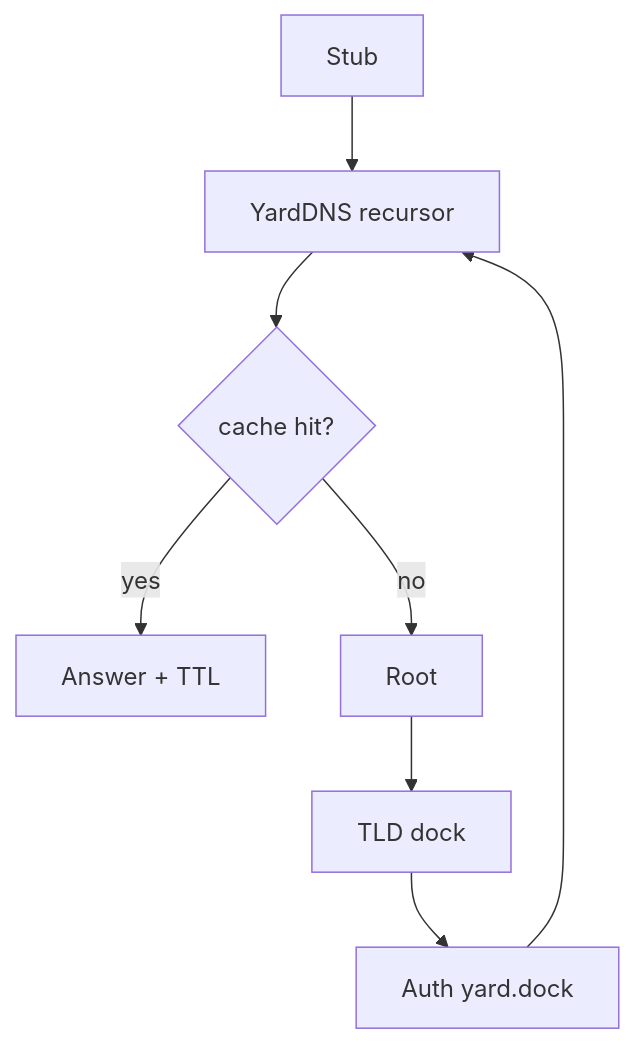
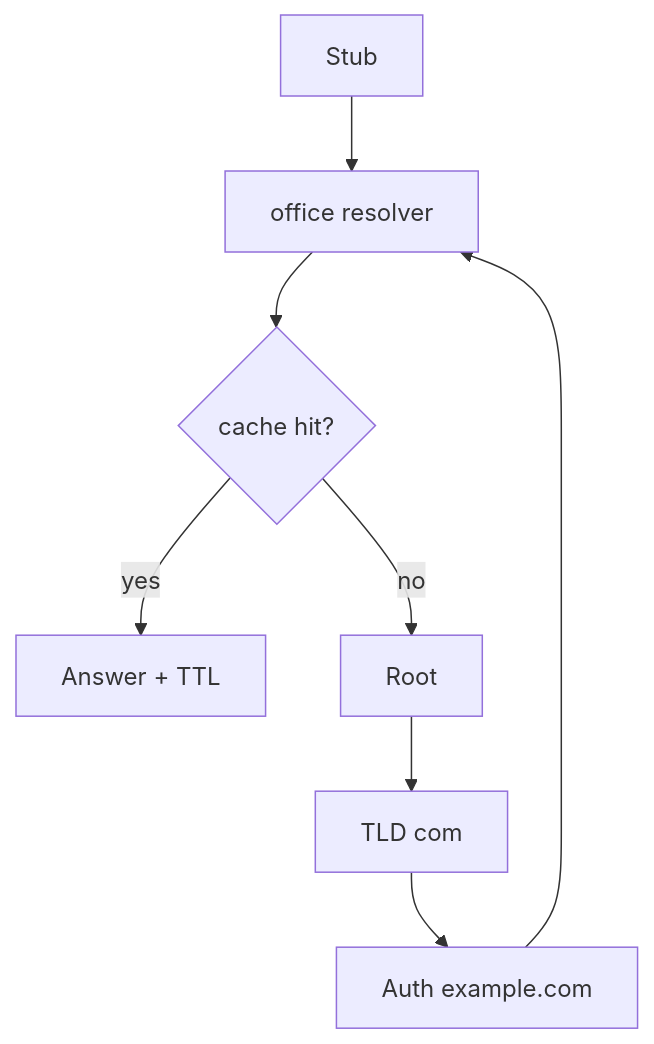
Before and after one commit to jdodsoncollins/study-material: the diagram in lessons/cs/dns-resolution/viz/lookup.md, drawn with Mermaid. The commit also changed 51 other files, not shown here.

````diff
--- a/lessons/cs/dns-resolution/viz/lookup.md
+++ b/lessons/cs/dns-resolution/viz/lookup.md
@@ -3,10 +3,10 @@
 ```mermaid
 flowchart TB
-  stub[Stub] --> rec[YardDNS recursor]
+  stub[Stub] --> rec[office resolver]
   rec --> cache{cache hit?}
   cache -->|yes| ans[Answer + TTL]
   cache -->|no| root[Root]
-  root --> tld[TLD dock]
-  tld --> auth[Auth yard.dock]
+  root --> tld[TLD com]
+  tld --> auth[Auth example.com]
   auth --> rec
 ```
````
